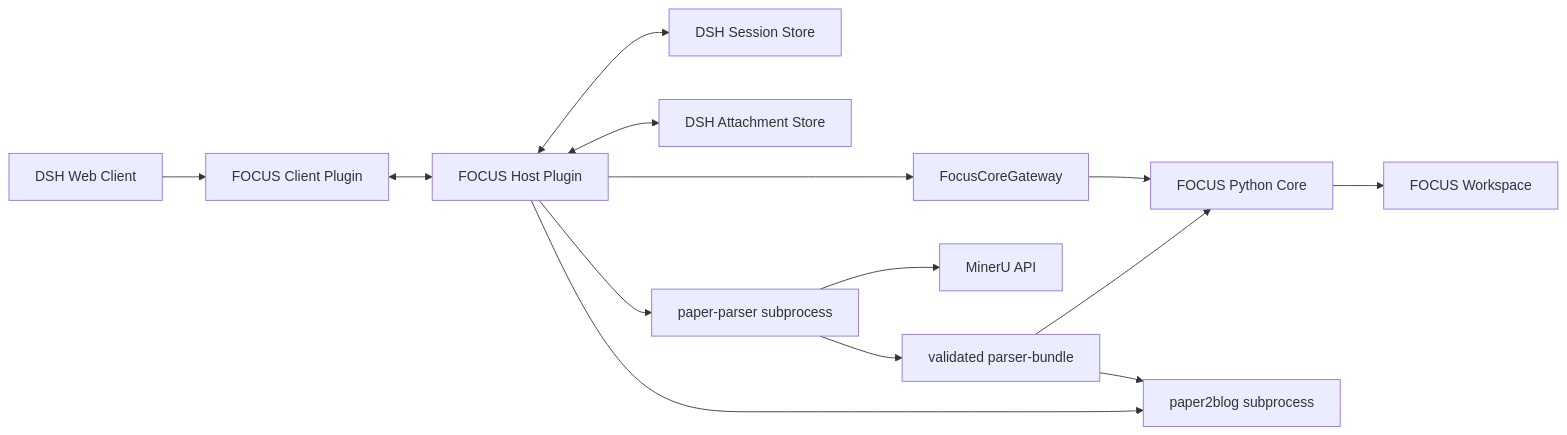
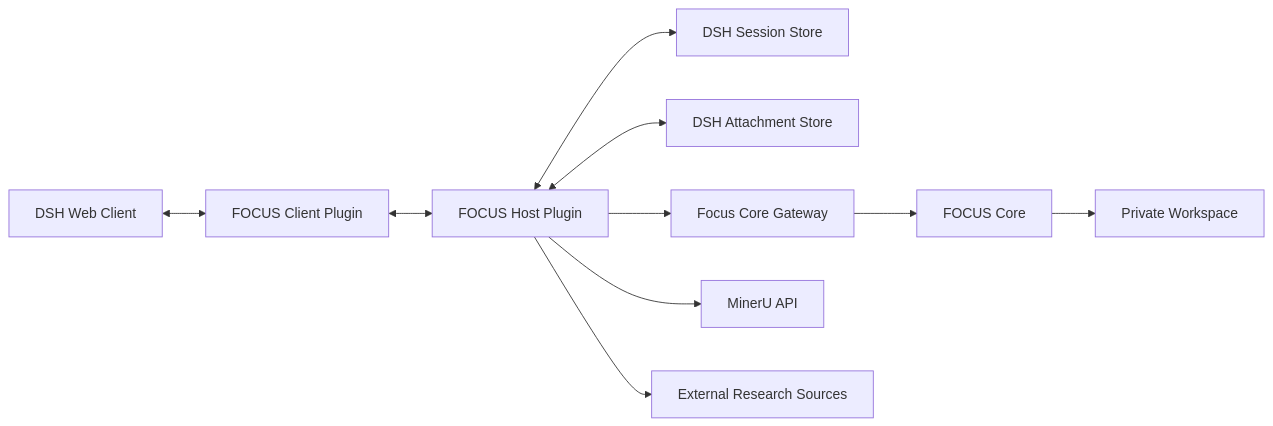
One commit to kongxiangcong/focus changed the diagram in docs/FOCUS_Phase2_DSH_Migration_and_Deployment.md. Above: the diagram before and after it, drawn with Mermaid. The commit also changed other lines of this file and 9 other files, not shown here.

````diff
--- a/docs/FOCUS_Phase2_DSH_Migration_and_Deployment.md
+++ b/docs/FOCUS_Phase2_DSH_Migration_and_Deployment.md
@@ -121,26 +54,21 @@
 ```mermaid
 flowchart LR
-    Browser[DSH Web Client]
-    Client[FOCUS Client Plugin]
-    Host[FOCUS Host Plugin]
-    Sessions[DSH Session Store]
-    Attach[DSH Attachment Store]
-    Gateway[FocusCoreGateway]
-    Py[FOCUS Python Core]
-    WS[FOCUS Workspace]
-    Parser[paper-parser subprocess]
-    Bundle[validated parser-bundle]
-    Blog[paper2blog subprocess]
-    MinerU[MinerU API]
+    WEB[DSH Web Client]
+    CLIENT[FOCUS Client Plugin]
+    HOST[FOCUS Host Plugin]
+    SESS[DSH Session Store]
+    ATTACH[DSH Attachment Store]
+    GATEWAY[Focus Core Gateway]
+    CORE[FOCUS Core]
+    WS[Private Workspace]
+    MINERU[MinerU API]
+    EXT[External Research Sources]
 
-    Browser --> Client
-    Client <--> Host
-    Host <--> Sessions
-    Host <--> Attach
-    Host --> Gateway --> Py --> WS
-    Host --> Parser --> MinerU
-    Parser --> Bundle
-    Bundle --> Py
-    Host --> Blog
-    Bundle --> Blog
+    WEB <--> CLIENT
+    CLIENT <--> HOST
+    HOST <--> SESS
+    HOST <--> ATTACH
+    HOST --> GATEWAY --> CORE --> WS
+    HOST --> MINERU
+    HOST --> EXT
 ```
````
